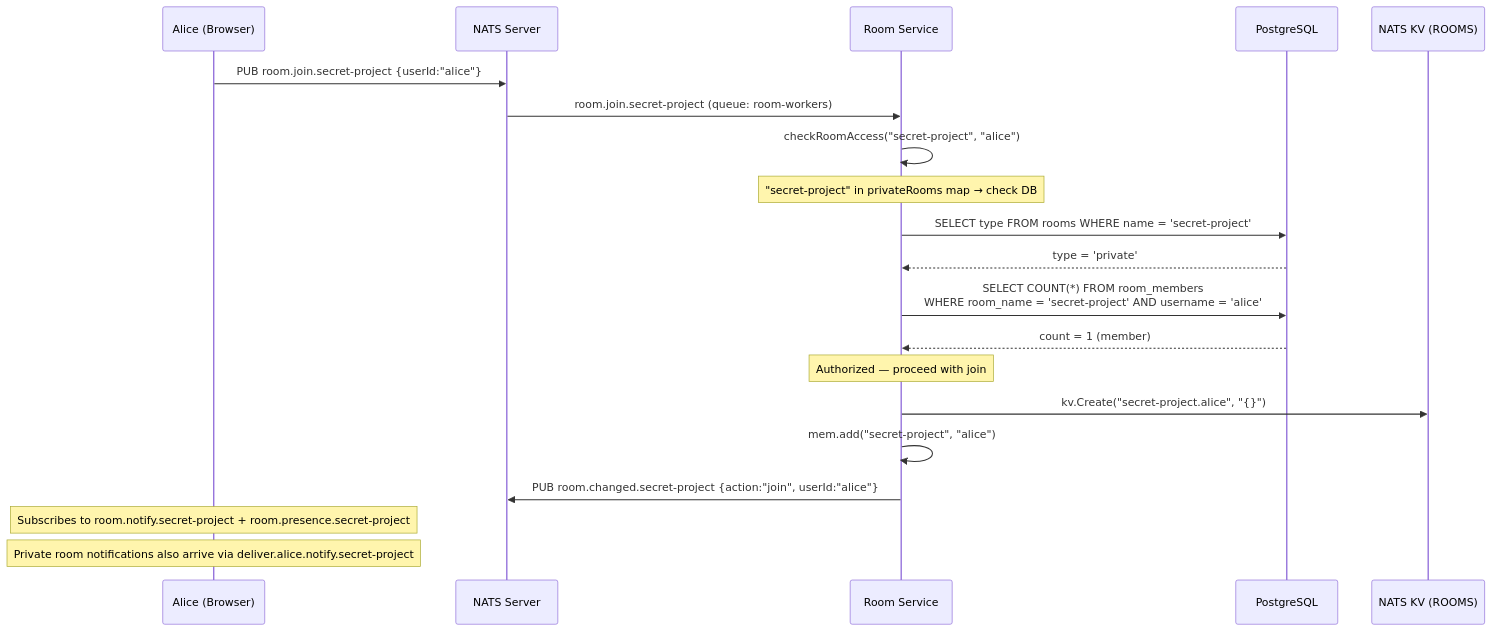
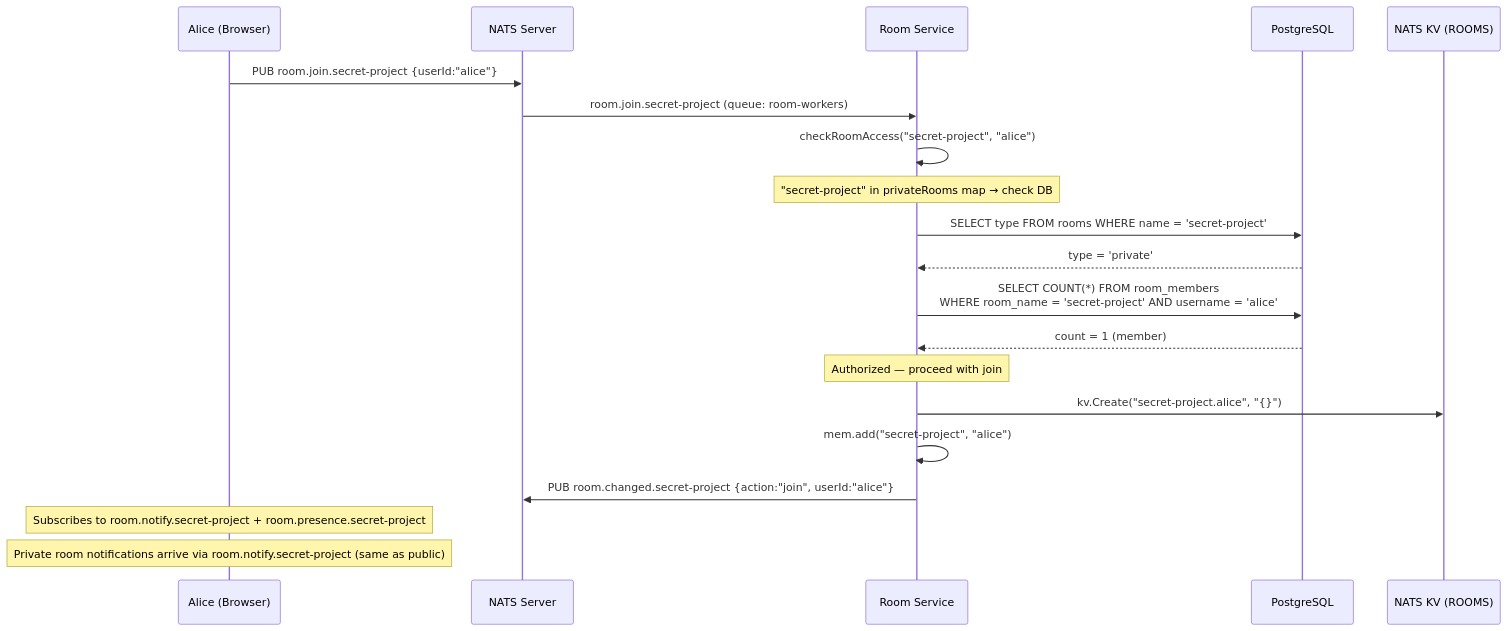
Before and after one commit to julianshen/nats-chat-keycloak: the fifth of 16 diagrams in docs/plans/2026-02-25-room-subscription-design.md, drawn with Mermaid. The commit also changed other lines of this file, not shown here.

First line of the commit message:
Update room subscription design doc to match current implementation

````diff
--- a/docs/plans/2026-02-25-room-subscription-design.md
+++ b/docs/plans/2026-02-25-room-subscription-design.md
@@ -220,29 +216,29 @@
 ```mermaid
 sequenceDiagram
     participant Browser as Alice (Browser)
     participant NATS as NATS Server
     participant RoomSvc as Room Service
     participant DB as PostgreSQL
     participant KV as NATS KV (ROOMS)
 
     Browser->>NATS: PUB room.join.secret-project {userId:"alice"}
     NATS->>RoomSvc: room.join.secret-project (queue: room-workers)
 
     RoomSvc->>RoomSvc: checkRoomAccess("secret-project", "alice")
     Note over RoomSvc: "secret-project" in privateRooms map → check DB
 
     RoomSvc->>DB: SELECT type FROM rooms WHERE name = 'secret-project'
     DB-->>RoomSvc: type = 'private'
 
     RoomSvc->>DB: SELECT COUNT(*) FROM room_members<br/>WHERE room_name = 'secret-project' AND username = 'alice'
     DB-->>RoomSvc: count = 1 (member)
 
     Note over RoomSvc: Authorized — proceed with join
 
     RoomSvc->>KV: kv.Create("secret-project.alice", "{}")
     RoomSvc->>RoomSvc: mem.add("secret-project", "alice")
     RoomSvc->>NATS: PUB room.changed.secret-project {action:"join", userId:"alice"}
 
     Note over Browser: Subscribes to room.notify.secret-project + room.presence.secret-project
-    Note over Browser: Private room notifications also arrive via deliver.alice.notify.secret-project
+    Note over Browser: Private room notifications arrive via room.notify.secret-project (same as public)
 ```
````
